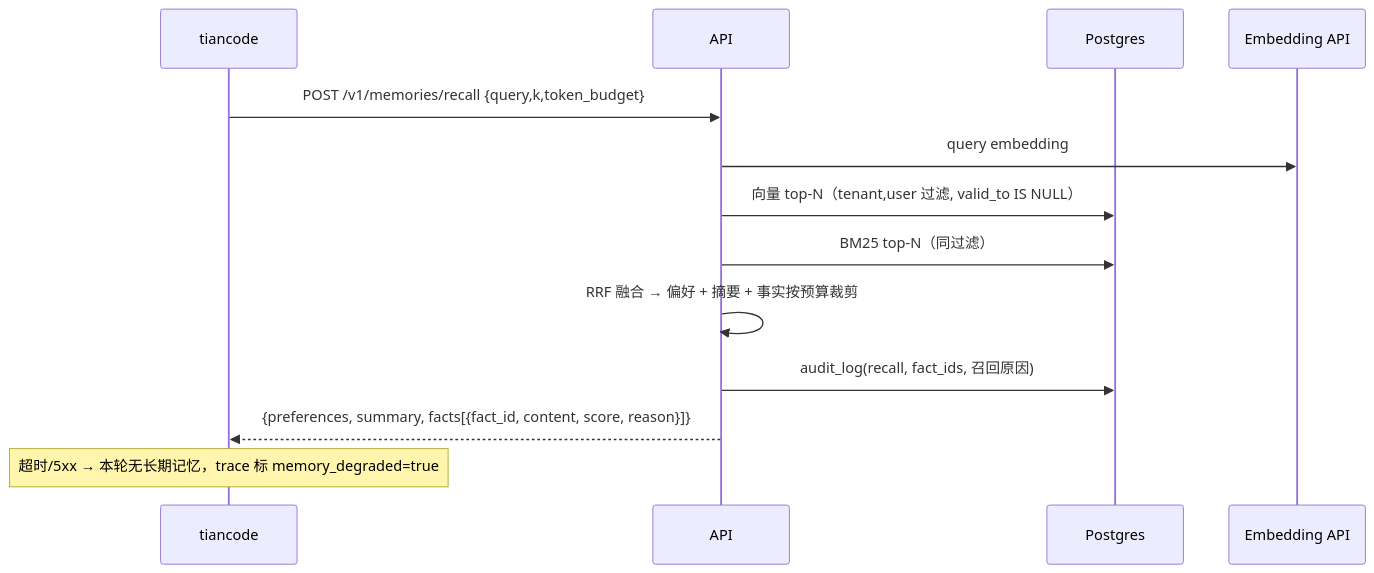
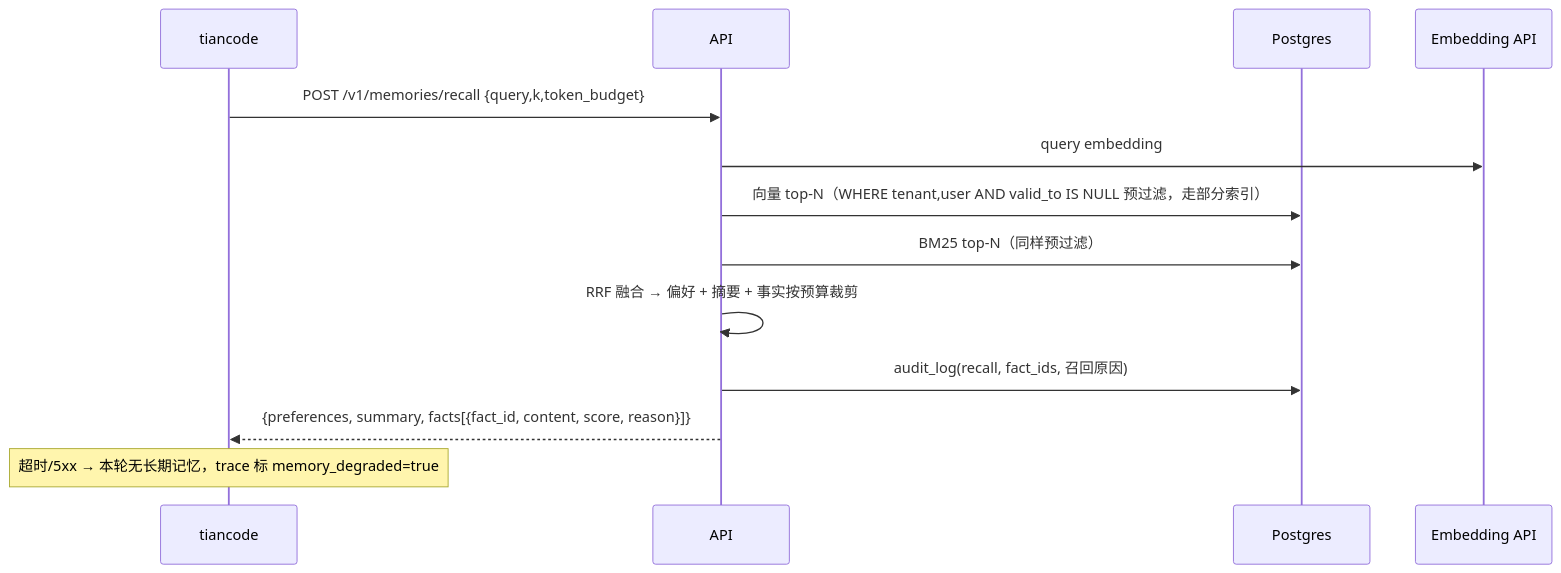
One commit to zhangqi77ok-sys/agent-memory changed the third of 3 diagrams in docs/architecture.md. Above: the diagram before and after it, drawn with Mermaid. The commit also changed other lines of this file, not shown here.

Commit message:
docs: C-end scope, user memory controls, privacy, forget cascade, prefilter recall, SKIP LOCKED, GHCR

````diff
--- a/docs/architecture.md
+++ b/docs/architecture.md
@@ -83,15 +94,15 @@
 ```mermaid
 sequenceDiagram
   participant T as tiancode
   participant A as API
   participant DB as Postgres
   participant L as Embedding API
   T->>A: POST /v1/memories/recall {query,k,token_budget}
   A->>L: query embedding
-  A->>DB: 向量 top-N（tenant,user 过滤, valid_to IS NULL）
-  A->>DB: BM25 top-N（同过滤）
+  A->>DB: 向量 top-N（WHERE tenant,user AND valid_to IS NULL 预过滤，走部分索引）
+  A->>DB: BM25 top-N（同样预过滤）
   A->>A: RRF 融合 → 偏好 + 摘要 + 事实按预算裁剪
   A->>DB: audit_log(recall, fact_ids, 召回原因)
   A-->>T: {preferences, summary, facts[{fact_id, content, score, reason}]}
   Note over T: 超时/5xx → 本轮无长期记忆，trace 标 memory_degraded=true
 ```
````
